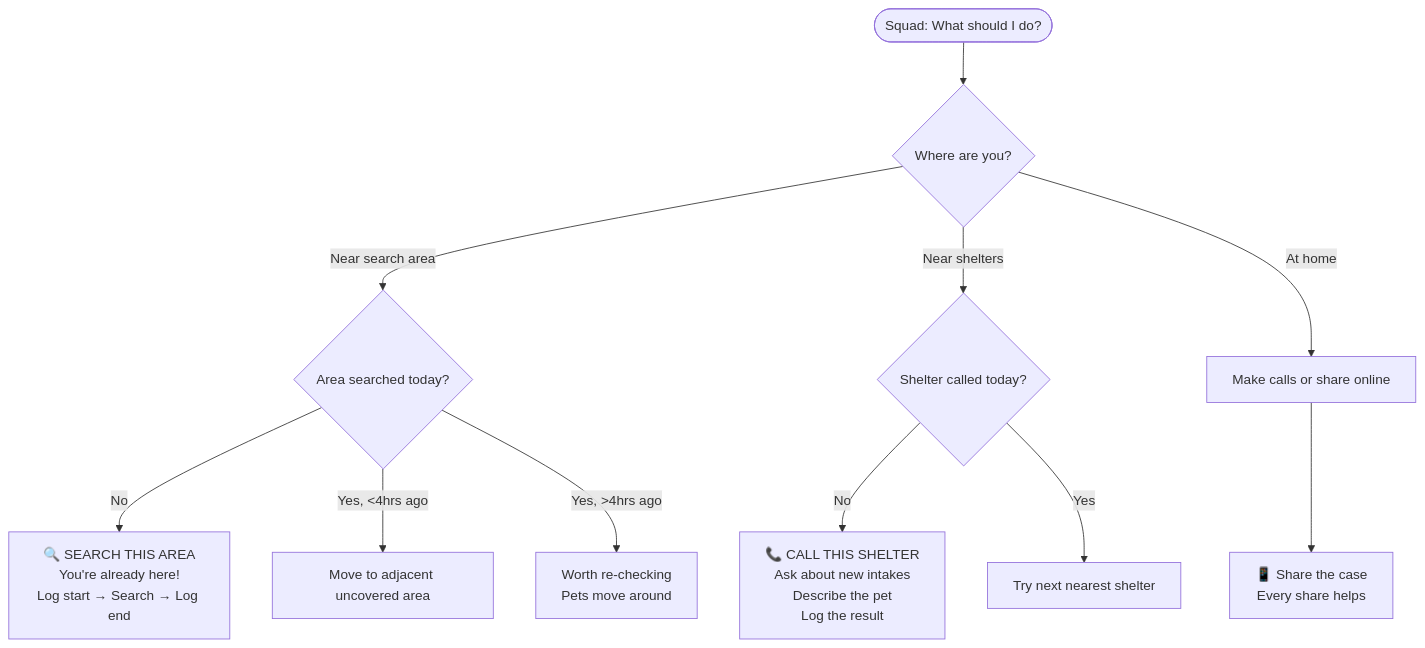
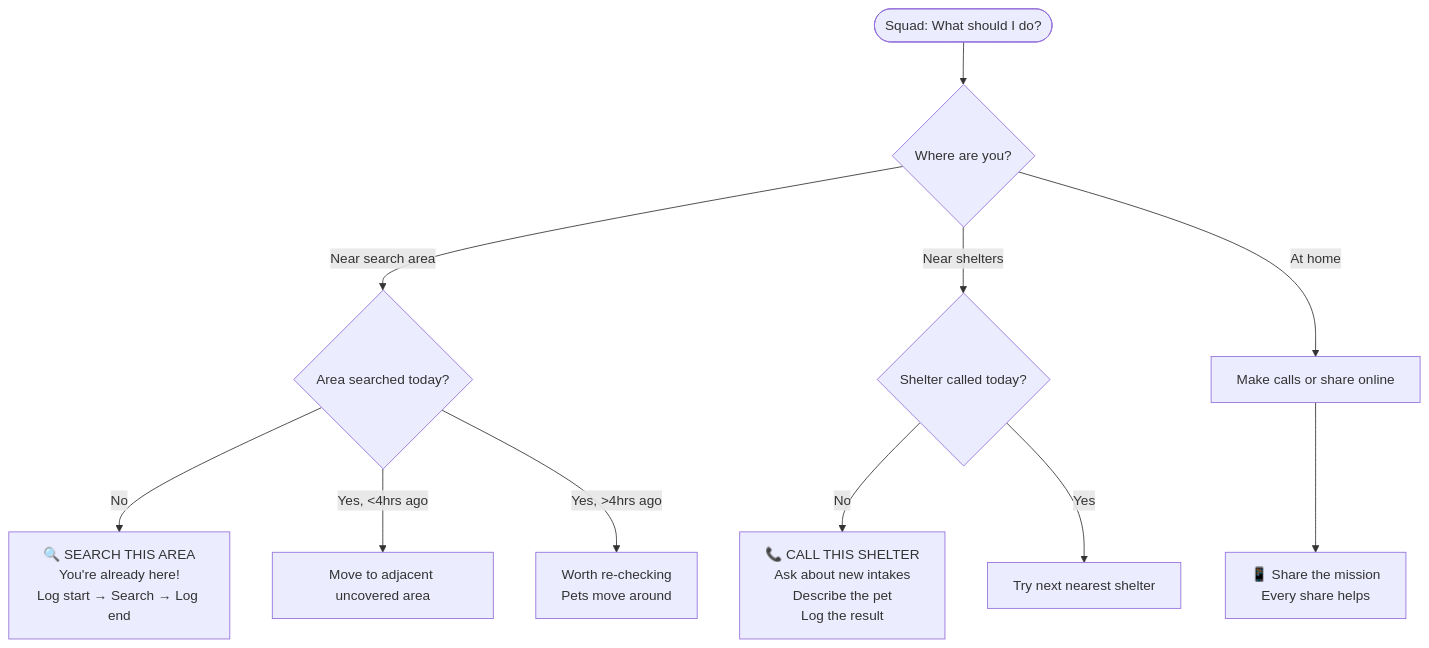
One commit to americansalb/petrecovery changed the fourth of 13 diagrams in docs/actions-logic-flowchart.md. Above: the diagram before and after it, drawn with Mermaid. The commit also changed other lines of this file and 378 other files, not shown here.

````diff
--- a/docs/actions-logic-flowchart.md
+++ b/docs/actions-logic-flowchart.md
@@ -429,17 +429,17 @@
 ```mermaid
 flowchart TD
     SQUAD_NOW([Squad: What should I do?]) --> LOCATION{Where are you?}
 
     LOCATION -->|Near search area| NEAR_SEARCH{Area searched today?}
     LOCATION -->|Near shelters| NEAR_SHELTER{Shelter called today?}
     LOCATION -->|At home| AT_HOME[Make calls or share online]
 
     NEAR_SEARCH -->|No| DO_SEARCH[🔍 SEARCH THIS AREA<br/>You're already here!<br/>Log start → Search → Log end]
     NEAR_SEARCH -->|Yes, <4hrs ago| MOVE_ON[Move to adjacent uncovered area]
     NEAR_SEARCH -->|Yes, >4hrs ago| RE_SEARCH[Worth re-checking<br/>Pets move around]
 
     NEAR_SHELTER -->|No| DO_CALL[📞 CALL THIS SHELTER<br/>Ask about new intakes<br/>Describe the pet<br/>Log the result]
     NEAR_SHELTER -->|Yes| NEXT_SHELTER[Try next nearest shelter]
 
-    AT_HOME --> SHARE[📱 Share the case<br/>Every share helps]
+    AT_HOME --> SHARE[📱 Share the mission<br/>Every share helps]
 ```
````
